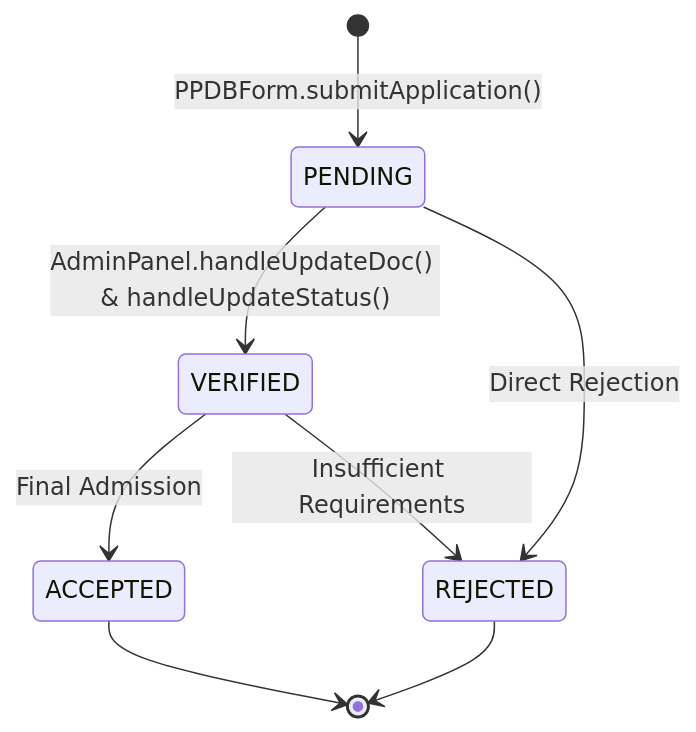
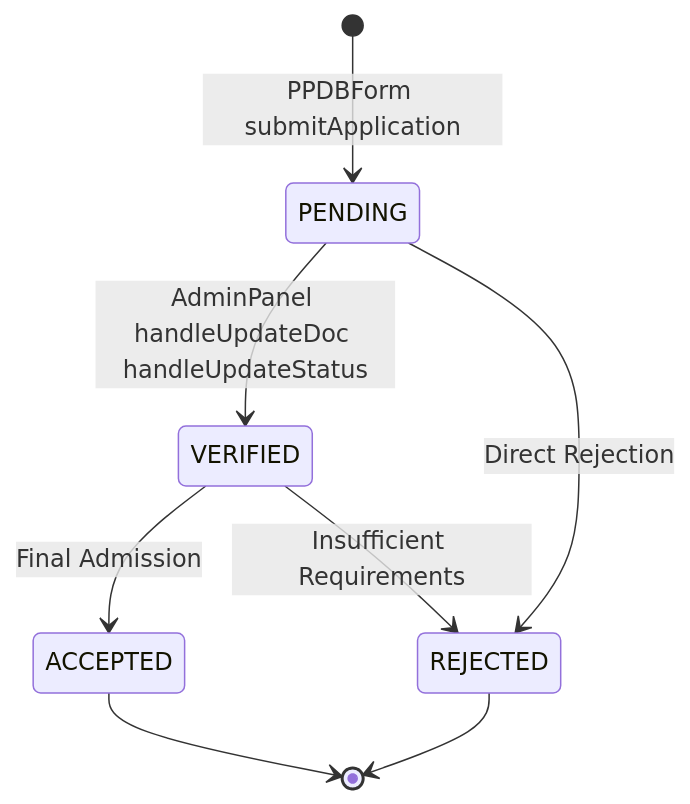
One commit to Delta-Polder-Indonesia/siakad-sekolah changed diagram 16 of 24 in README.md. Above: the diagram before and after it, drawn with Mermaid. The commit also changed other lines of this file and 13 other files, not shown here.

````diff
--- a/README.md
+++ b/README.md
@@ -776,10 +776,10 @@
 ```mermaid
 stateDiagram-v2
-    [*] --> PENDING : PPDBForm.submitApplication()
-    PENDING --> VERIFIED : AdminPanel.handleUpdateDoc() & handleUpdateStatus()
+    [*] --> PENDING : PPDBForm submitApplication
+    PENDING --> VERIFIED : AdminPanel handleUpdateDoc handleUpdateStatus
     VERIFIED --> ACCEPTED : Final Admission
     VERIFIED --> REJECTED : Insufficient Requirements
     PENDING --> REJECTED : Direct Rejection
     ACCEPTED --> [*]
     REJECTED --> [*]
 ```
````
